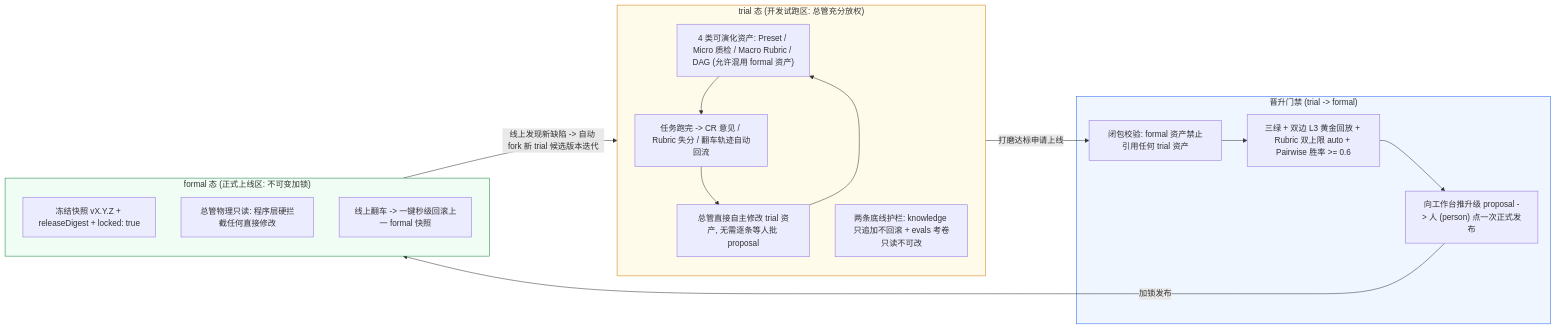
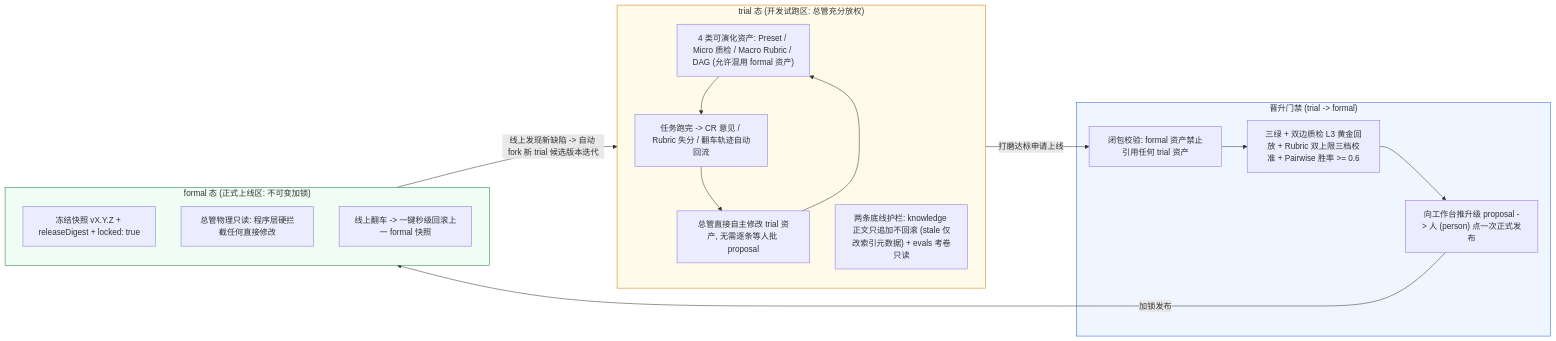
The third of 6 diagrams in docs/compound-agent-business-flow-and-gap-map-20261127.md (scottzx/agent-workflow), drawn with Mermaid before and after one commit. The commit also changed other lines of this file and 3 other files, not shown here.

Commit message:
docs: fix CR M1-M3 and S1-S7 (disambiguate A1-A5 vs L1-L3, 3-band rubric gate, PR-1B learnings_lookup)

````diff
--- a/docs/compound-agent-business-flow-and-gap-map-20261127.md
+++ b/docs/compound-agent-business-flow-and-gap-map-20261127.md
@@ -88,34 +89,34 @@
 ```mermaid
 flowchart LR
     subgraph Trial["trial 态 (开发试跑区: 总管充分放权)"]
         direction TB
         T1["4 类可演化资产: Preset / Micro 质检 / Macro Rubric / DAG (允许混用 formal 资产)"]
         T2["任务跑完 -> CR 意见 / Rubric 失分 / 翻车轨迹自动回流"]
         T3["总管直接自主修改 trial 资产, 无需逐条等人批 proposal"]
-        T4["两条底线护栏: knowledge 只追加不回滚 + evals 考卷只读不可改"]
+        T4["两条底线护栏: knowledge 正文只追加不回滚 (stale 仅改索引元数据) + evals 考卷只读"]
         T2 --> T3 --> T1
         T1 --> T2
     end
 
     subgraph Gate["晋升门禁 (trial -> formal)"]
-        G1["闭包校验: formal 资产禁止引用任何 trial 资产"]
-        G2["三绿 + 双边 L3 黄金回放 + Rubric 双上限 auto + Pairwise 胜率 >= 0.6"]
-        G3["向工作台推升级 proposal -> 人 (person) 点一次正式发布"]
-        G1 --> G2 --> G3
+        Gate1["闭包校验: formal 资产禁止引用任何 trial 资产"]
+        Gate2["三绿 + 双边质检 L3 黄金回放 + Rubric 双上限三档校准 + Pairwise 胜率 >= 0.6"]
+        Gate3["向工作台推升级 proposal -> 人 (person) 点一次正式发布"]
+        Gate1 --> Gate2 --> Gate3
     end
 
     subgraph Formal["formal 态 (正式上线区: 不可变加锁)"]
         direction TB
         F1["冻结快照 vX.Y.Z + releaseDigest + locked: true"]
         F2["总管物理只读: 程序层硬拦截任何直接修改"]
         F3["线上翻车 -> 一键秒级回滚上一 formal 快照"]
     end
 
-    T1 -- "打磨达标申请上线" --> G1
-    G3 -- "加锁发布" --> F1
+    T1 -- "打磨达标申请上线" --> Gate1
+    Gate3 -- "加锁发布" --> F1
     F1 -- "线上发现新缺陷 -> 自动 fork 新 trial 候选版本迭代" --> T1
 
     style Trial fill:#fffbeb,stroke:#d97706
     style Gate fill:#f0f6ff,stroke:#2563eb
     style Formal fill:#f0fdf4,stroke:#15803d
 ```
````
